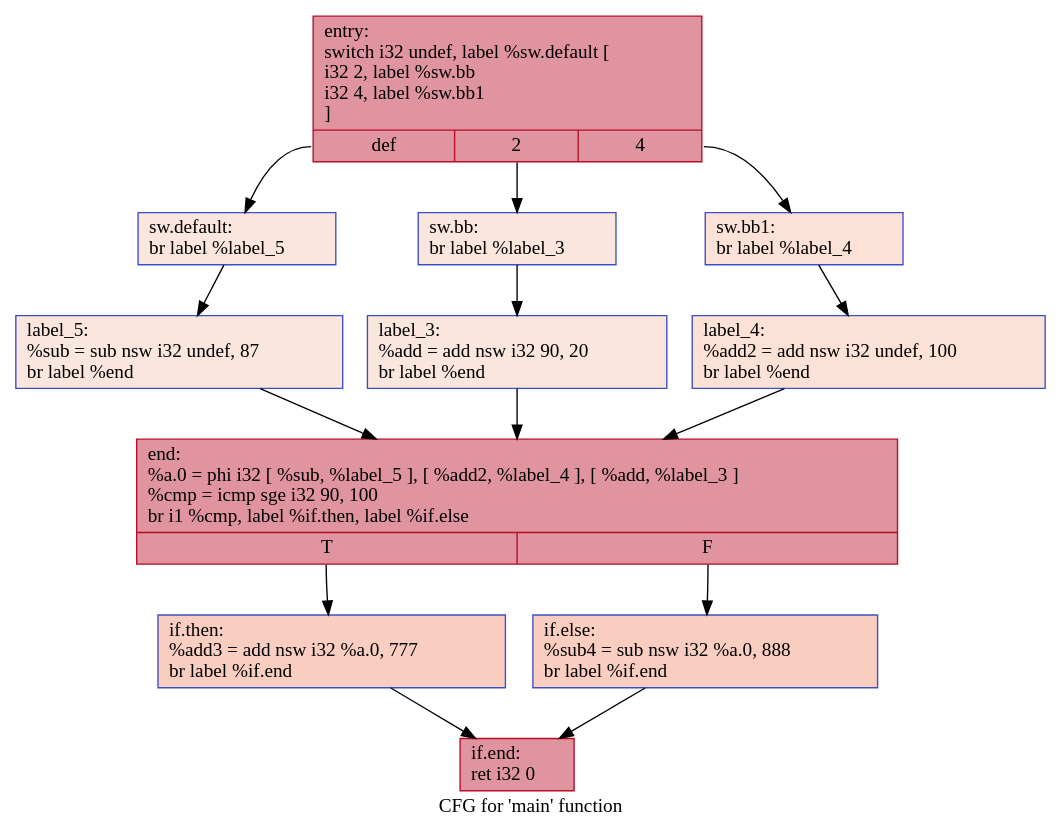
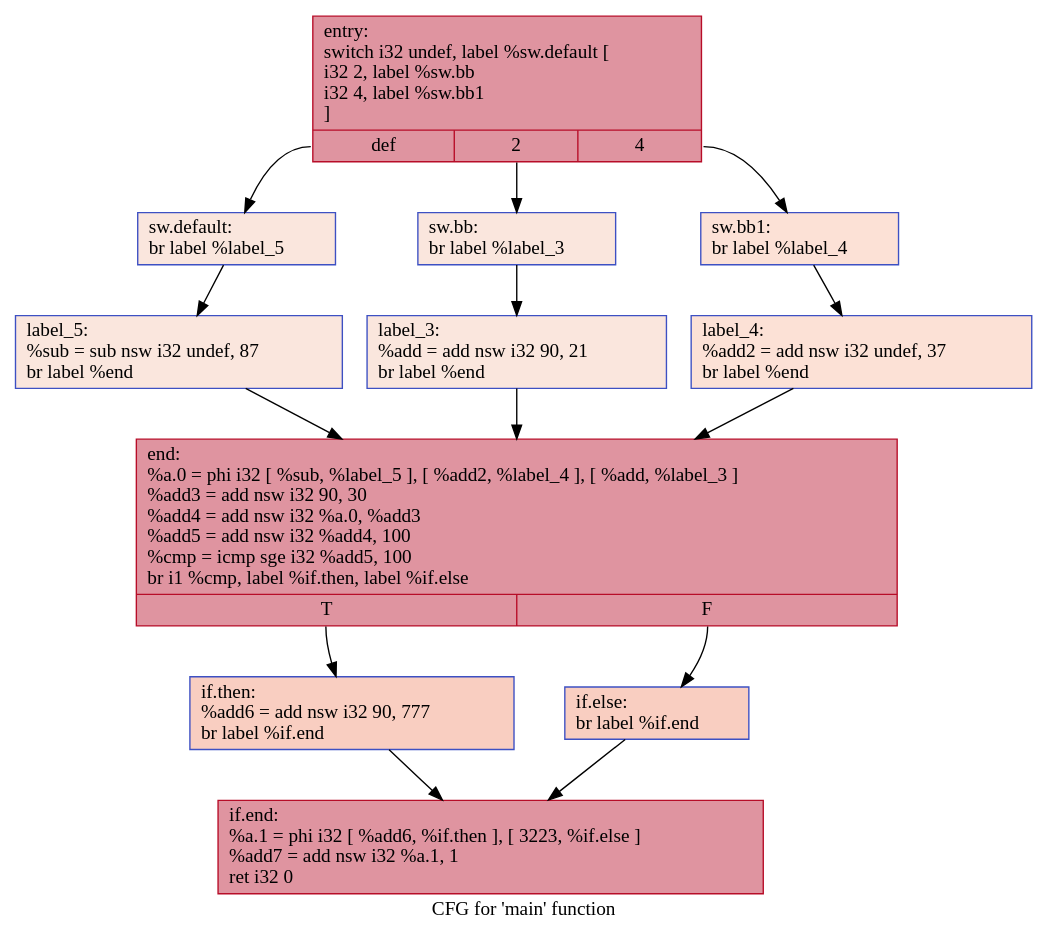
Before and after one commit to HPSSA-LLVM/HPSSA-LLVM: the diagram in IR/cfg/baseline.dot, drawn with Graphviz. The commit also changed 28 other files, not shown here.

```diff
--- a/IR/cfg/baseline.dot
+++ b/IR/cfg/baseline.dot
@@ -1,28 +1,28 @@
 digraph "CFG for 'main' function" {
 	label="CFG for 'main' function";
 
-	Node0x55af77f527b0 [shape=record,color="#b70d28ff", style=filled, fillcolor="#b70d2870",label="{entry:\l  switch i32 undef, label %sw.default [\l    i32 2, label %sw.bb\l    i32 4, label %sw.bb1\l  ]\l|{<s0>def|<s1>2|<s2>4}}"];
-	Node0x55af77f527b0:s0 -> Node0x55af77f52d10;
-	Node0x55af77f527b0:s1 -> Node0x55af77f52d90;
-	Node0x55af77f527b0:s2 -> Node0x55af77f52e30;
-	Node0x55af77f52d90 [shape=record,color="#3d50c3ff", style=filled, fillcolor="#f3c7b170",label="{sw.bb:                                            \l  br label %label_3\l}"];
-	Node0x55af77f52d90 -> Node0x55af77f52fc0;
-	Node0x55af77f52e30 [shape=record,color="#3d50c3ff", style=filled, fillcolor="#f7bca170",label="{sw.bb1:                                           \l  br label %label_4\l}"];
-	Node0x55af77f52e30 -> Node0x55af77f530a0;
-	Node0x55af77f52d10 [shape=record,color="#3d50c3ff", style=filled, fillcolor="#f3c7b170",label="{sw.default:                                       \l  br label %label_5\l}"];
-	Node0x55af77f52d10 -> Node0x55af77f53180;
-	Node0x55af77f52fc0 [shape=record,color="#3d50c3ff", style=filled, fillcolor="#f3c7b170",label="{label_3:                                          \l  %add = add nsw i32 90, 20\l  br label %end\l}"];
-	Node0x55af77f52fc0 -> Node0x55af77f53370;
-	Node0x55af77f530a0 [shape=record,color="#3d50c3ff", style=filled, fillcolor="#f7bca170",label="{label_4:                                          \l  %add2 = add nsw i32 undef, 100\l  br label %end\l}"];
-	Node0x55af77f530a0 -> Node0x55af77f53370;
-	Node0x55af77f53180 [shape=record,color="#3d50c3ff", style=filled, fillcolor="#f3c7b170",label="{label_5:                                          \l  %sub = sub nsw i32 undef, 87\l  br label %end\l}"];
-	Node0x55af77f53180 -> Node0x55af77f53370;
-	Node0x55af77f53370 [shape=record,color="#b70d28ff", style=filled, fillcolor="#b70d2870",label="{end:                                              \l  %a.0 = phi i32 [ %sub, %label_5 ], [ %add2, %label_4 ], [ %add, %label_3 ]\l  %cmp = icmp sge i32 90, 100\l  br i1 %cmp, label %if.then, label %if.else\l|{<s0>T|<s1>F}}"];
-	Node0x55af77f53370:s0 -> Node0x55af77f53a30;
-	Node0x55af77f53370:s1 -> Node0x55af77f53aa0;
-	Node0x55af77f53a30 [shape=record,color="#3d50c3ff", style=filled, fillcolor="#f2907270",label="{if.then:                                          \l  %add3 = add nsw i32 %a.0, 777\l  br label %if.end\l}"];
-	Node0x55af77f53a30 -> Node0x55af77f53ca0;
-	Node0x55af77f53aa0 [shape=record,color="#3d50c3ff", style=filled, fillcolor="#f2907270",label="{if.else:                                          \l  %sub4 = sub nsw i32 %a.0, 888\l  br label %if.end\l}"];
-	Node0x55af77f53aa0 -> Node0x55af77f53ca0;
-	Node0x55af77f53ca0 [shape=record,color="#b70d28ff", style=filled, fillcolor="#b70d2870",label="{if.end:                                           \l  ret i32 0\l}"];
+	Node0x5618d3354840 [shape=record,color="#b70d28ff", style=filled, fillcolor="#b70d2870",label="{entry:\l  switch i32 undef, label %sw.default [\l    i32 2, label %sw.bb\l    i32 4, label %sw.bb1\l  ]\l|{<s0>def|<s1>2|<s2>4}}"];
+	Node0x5618d3354840:s0 -> Node0x5618d3354da0;
+	Node0x5618d3354840:s1 -> Node0x5618d3354e20;
+	Node0x5618d3354840:s2 -> Node0x5618d3354ec0;
+	Node0x5618d3354e20 [shape=record,color="#3d50c3ff", style=filled, fillcolor="#f3c7b170",label="{sw.bb:                                            \l  br label %label_3\l}"];
+	Node0x5618d3354e20 -> Node0x5618d3355050;
+	Node0x5618d3354ec0 [shape=record,color="#3d50c3ff", style=filled, fillcolor="#f7bca170",label="{sw.bb1:                                           \l  br label %label_4\l}"];
+	Node0x5618d3354ec0 -> Node0x5618d3355130;
+	Node0x5618d3354da0 [shape=record,color="#3d50c3ff", style=filled, fillcolor="#f3c7b170",label="{sw.default:                                       \l  br label %label_5\l}"];
+	Node0x5618d3354da0 -> Node0x5618d3355210;
+	Node0x5618d3355050 [shape=record,color="#3d50c3ff", style=filled, fillcolor="#f3c7b170",label="{label_3:                                          \l  %add = add nsw i32 90, 21\l  br label %end\l}"];
+	Node0x5618d3355050 -> Node0x5618d3355400;
+	Node0x5618d3355130 [shape=record,color="#3d50c3ff", style=filled, fillcolor="#f7bca170",label="{label_4:                                          \l  %add2 = add nsw i32 undef, 37\l  br label %end\l}"];
+	Node0x5618d3355130 -> Node0x5618d3355400;
+	Node0x5618d3355210 [shape=record,color="#3d50c3ff", style=filled, fillcolor="#f3c7b170",label="{label_5:                                          \l  %sub = sub nsw i32 undef, 87\l  br label %end\l}"];
+	Node0x5618d3355210 -> Node0x5618d3355400;
+	Node0x5618d3355400 [shape=record,color="#b70d28ff", style=filled, fillcolor="#b70d2870",label="{end:                                              \l  %a.0 = phi i32 [ %sub, %label_5 ], [ %add2, %label_4 ], [ %add, %label_3 ]\l  %add3 = add nsw i32 90, 30\l  %add4 = add nsw i32 %a.0, %add3\l  %add5 = add nsw i32 %add4, 100\l  %cmp = icmp sge i32 %add5, 100\l  br i1 %cmp, label %if.then, label %if.else\l|{<s0>T|<s1>F}}"];
+	Node0x5618d3355400:s0 -> Node0x5618d3355d30;
+	Node0x5618d3355400:s1 -> Node0x5618d3355da0;
+	Node0x5618d3355d30 [shape=record,color="#3d50c3ff", style=filled, fillcolor="#f2907270",label="{if.then:                                          \l  %add6 = add nsw i32 90, 777\l  br label %if.end\l}"];
+	Node0x5618d3355d30 -> Node0x5618d3355fa0;
+	Node0x5618d3355da0 [shape=record,color="#3d50c3ff", style=filled, fillcolor="#f2907270",label="{if.else:                                          \l  br label %if.end\l}"];
+	Node0x5618d3355da0 -> Node0x5618d3355fa0;
+	Node0x5618d3355fa0 [shape=record,color="#b70d28ff", style=filled, fillcolor="#b70d2870",label="{if.end:                                           \l  %a.1 = phi i32 [ %add6, %if.then ], [ 3223, %if.else ]\l  %add7 = add nsw i32 %a.1, 1\l  ret i32 0\l}"];
 }
```
